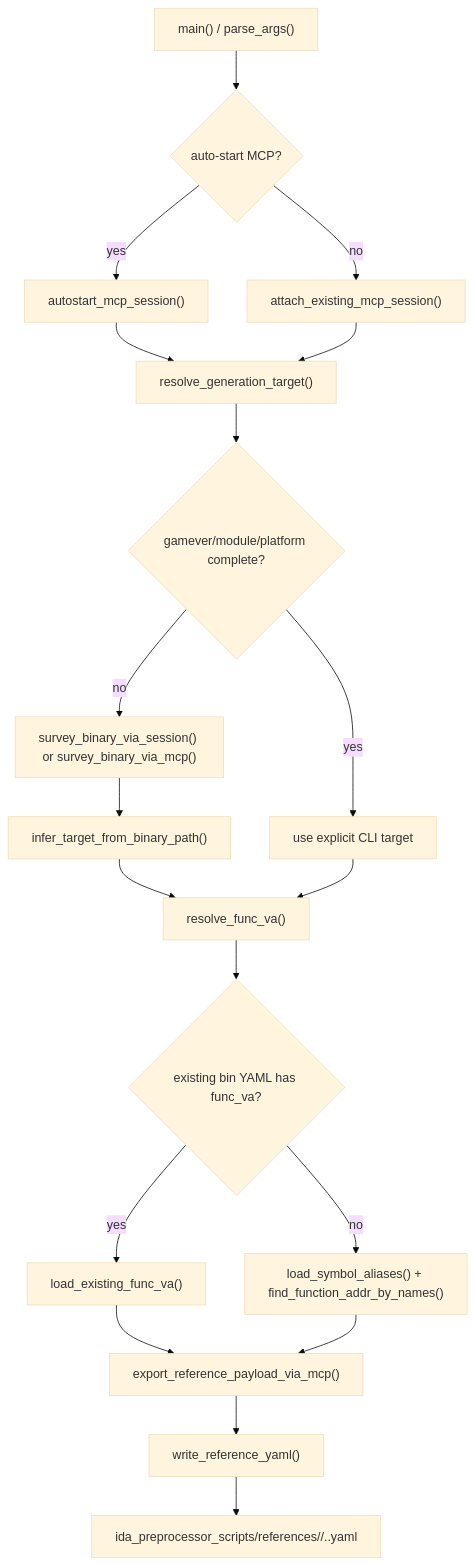
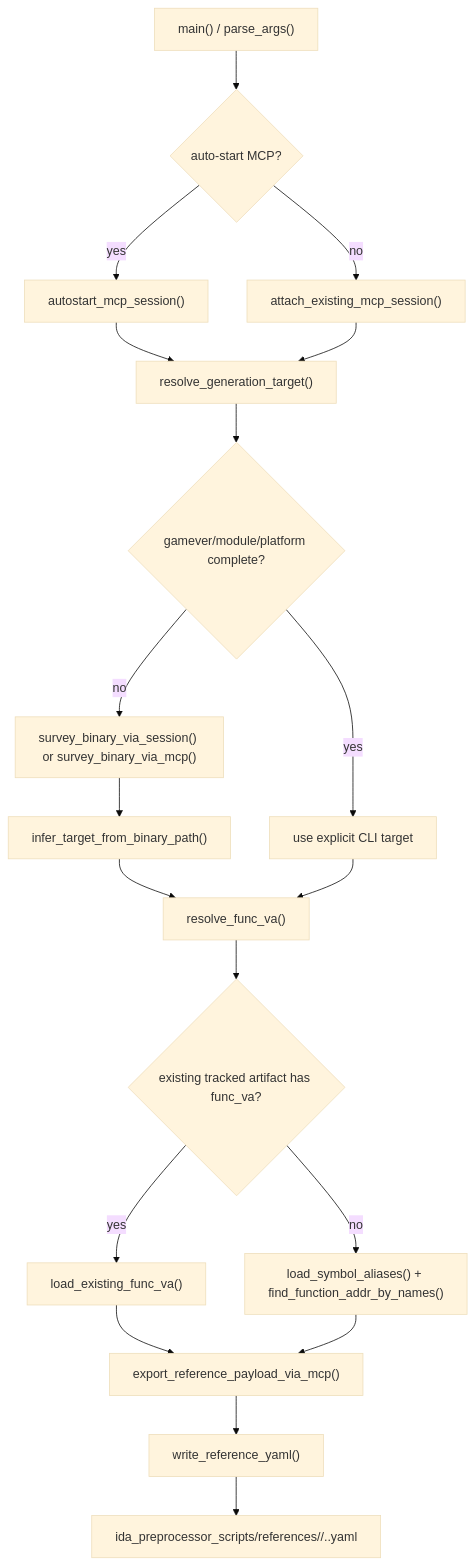
One commit to HLND2T/CS2_VibeSignatures changed the diagram in memory/generate_reference_yaml.md. Above: the diagram before and after it, drawn with Mermaid (base theme). The commit also changed other lines of this file and 4 other files, not shown here.

````diff
--- a/memory/generate_reference_yaml.md
+++ b/memory/generate_reference_yaml.md
@@ -33,21 +33,21 @@
 ```mermaid
 flowchart TD
 A["main() / parse_args()"] --> B{"auto-start MCP?"}
 B -->|yes| C["autostart_mcp_session()"]
 B -->|no| D["attach_existing_mcp_session()"]
 C --> E["resolve_generation_target()"]
 D --> E
 E --> F{"gamever/module/platform complete?"}
 F -->|no| G["survey_binary_via_session() or survey_binary_via_mcp()"]
 G --> H["infer_target_from_binary_path()"]
 F -->|yes| I["use explicit CLI target"]
 H --> J["resolve_func_va()"]
 I --> J
-J --> K{"existing bin YAML has func_va?"}
+J --> K{"existing tracked artifact has func_va?"}
 K -->|yes| L["load_existing_func_va()"]
 K -->|no| M["load_symbol_aliases() + find_function_addr_by_names()"]
 L --> N["export_reference_payload_via_mcp()"]
 M --> N
 N --> O["write_reference_yaml()"]
 O --> P["ida_preprocessor_scripts/references/<module>/<func_name>.<platform>.yaml"]
 ```
````
